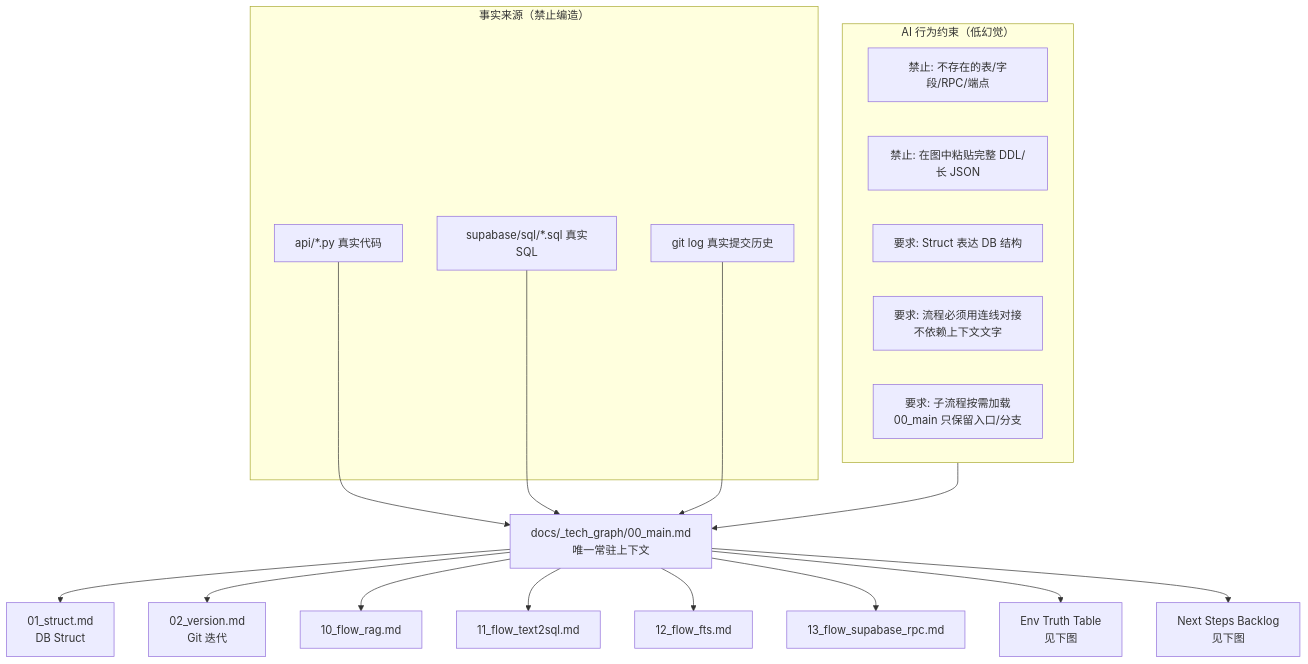
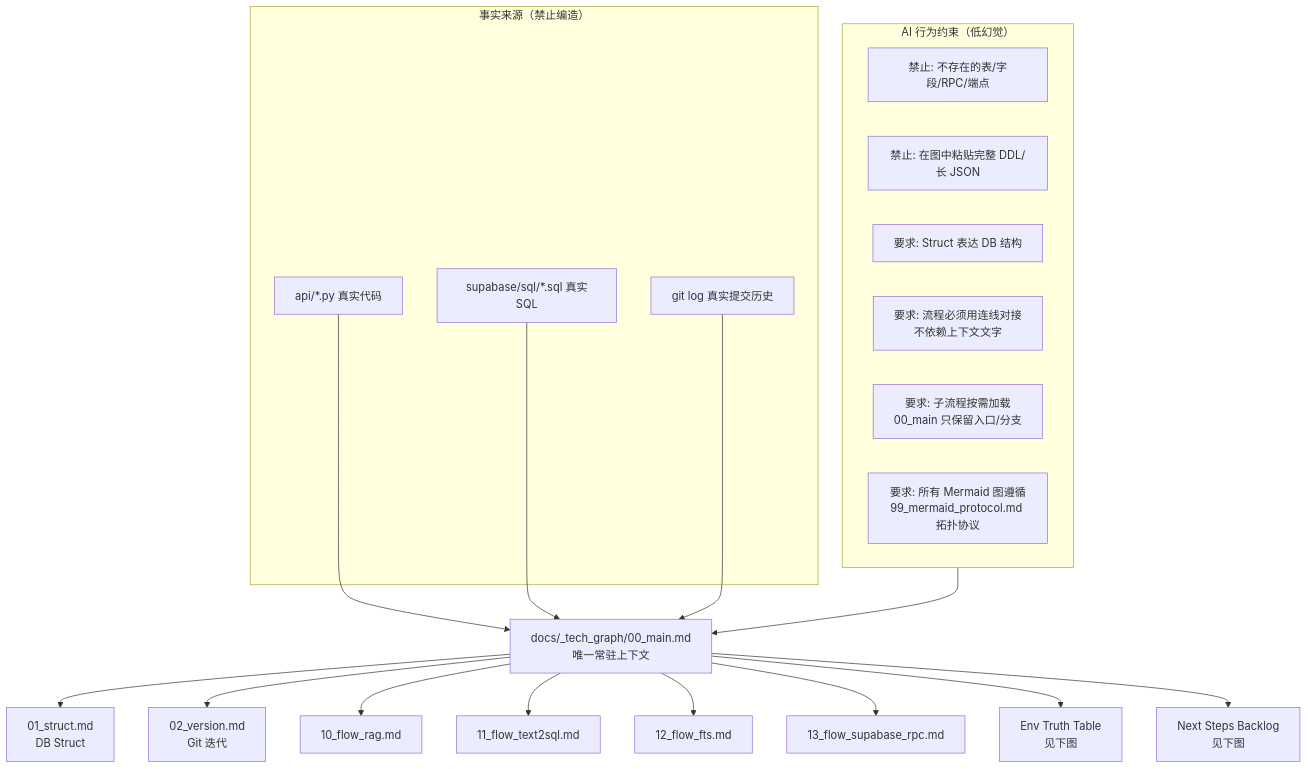
The first of 3 diagrams in docs/_tech_graph/99_spec.md (Cyning12/ai-ink-brain-api-python), drawn with Mermaid before and after one commit. The commit also changed 3 other files, not shown here.

````diff
--- a/docs/_tech_graph/99_spec.md
+++ b/docs/_tech_graph/99_spec.md
@@ -1,33 +1,34 @@
 ```mermaid
 flowchart TD
   %% 技术图谱交付规约（本项目落盘版）
 
   ROOT[docs/_tech_graph/00_main.md<br/>唯一常驻上下文] --> S1[01_struct.md<br/>DB Struct]
   ROOT --> V1[02_version.md<br/>Git 迭代]
   ROOT --> F1[10_flow_rag.md]
   ROOT --> F2[11_flow_text2sql.md]
   ROOT --> F3[12_flow_fts.md]
   ROOT --> F4[13_flow_supabase_rpc.md]
   ROOT --> ENV[Env Truth Table<br/>见下图]
   ROOT --> TODO[Next Steps Backlog<br/>见下图]
 
   subgraph TruthSource["事实来源（禁止编造）"]
     TS1[api/*.py 真实代码]
     TS2[supabase/sql/*.sql 真实SQL]
     TS3[git log 真实提交历史]
   end
 
   subgraph Constraints["AI 行为约束（低幻觉）"]
     C1[禁止: 不存在的表/字段/RPC/端点]
     C2[禁止: 在图中粘贴完整 DDL/长 JSON]
     C3[要求: Struct 表达 DB 结构]
     C4[要求: 流程必须用连线对接<br/>不依赖上下文文字]
     C5[要求: 子流程按需加载<br/>00_main 只保留入口/分支]
+    C6[要求: 所有 Mermaid 图遵循<br/>99_mermaid_protocol.md 拓扑协议]
   end
 
   TS1 --> ROOT
   TS2 --> ROOT
   TS3 --> ROOT
 
   Constraints --> ROOT
 ```
````
